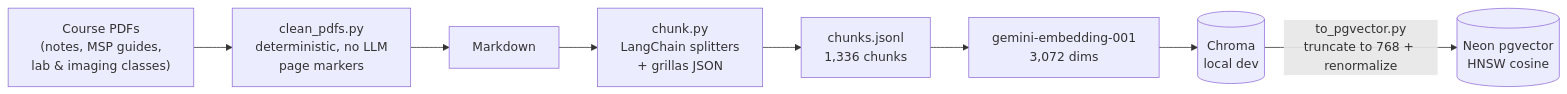
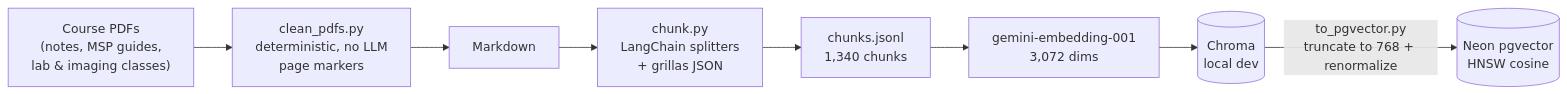
Before and after one commit to Jaco25PL/chiron: the fourth of 7 diagrams in ARCHITECTURE.md, drawn with Mermaid. The commit also changed other lines of this file, not shown here.

First line of the commit message:
ARCHITECTURE: the RAG at runtime (study companion) with its diagram

````diff
--- a/ARCHITECTURE.md
+++ b/ARCHITECTURE.md
@@ -96,8 +96,8 @@
 ```mermaid
 flowchart LR
     pdf["Course PDFs<br/>(notes, MSP guides,<br/>lab & imaging classes)"] --> clean["clean_pdfs.py<br/>deterministic, no LLM<br/>page markers"]
     clean --> md["Markdown"] --> chunk["chunk.py<br/>LangChain splitters<br/>+ grillas JSON"]
-    chunk --> jsonl["chunks.jsonl<br/>1,336 chunks"]
+    chunk --> jsonl["chunks.jsonl<br/>1,340 chunks"]
     jsonl --> emb["gemini-embedding-001<br/>3,072 dims"] --> chroma[("Chroma<br/>local dev")]
     chroma -- "to_pgvector.py<br/>truncate to 768 + renormalize" --> pg[("Neon pgvector<br/>HNSW cosine")]
 ```
````
